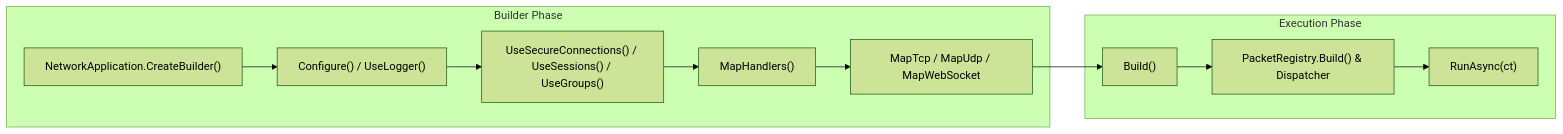
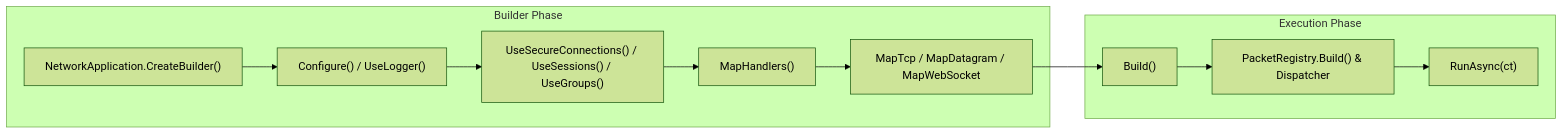
One commit to ppn-systems/nalix-docs changed the diagram in src/content/docs/en-us/packages/nalix-hosting.md. Above: the diagram before and after it, drawn with Mermaid (forest theme). The commit also changed other lines of this file and 257 other files, not shown here.

````diff
--- a/src/content/docs/en-us/packages/nalix-hosting.md
+++ b/src/content/docs/en-us/packages/nalix-hosting.md
@@ -23,15 +23,15 @@
 ```mermaid
 flowchart LR
     subgraph Config ["Builder Phase"]
         A["NetworkApplication.CreateBuilder()"] --> B["Configure<TOptions>() / UseLogger()"]
         B --> C["UseSecureConnections() / UseSessions() / UseGroups()"]
         C --> D["MapHandlers<THandler>()"]
-        D --> E["MapTcp / MapUdp / MapWebSocket"]
+        D --> E["MapTcp / MapDatagram / MapWebSocket"]
     end
 
     subgraph Runtime ["Execution Phase"]
         E --> F["Build()"]
         F --> G["PacketRegistry.Build() & Dispatcher"]
         G --> H["RunAsync(ct)"]
     end
 ```
````
